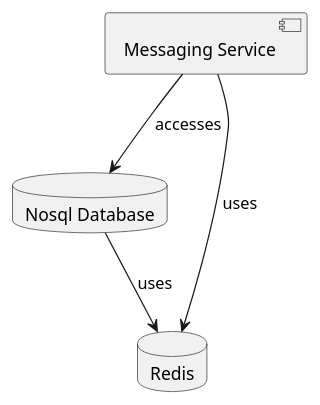
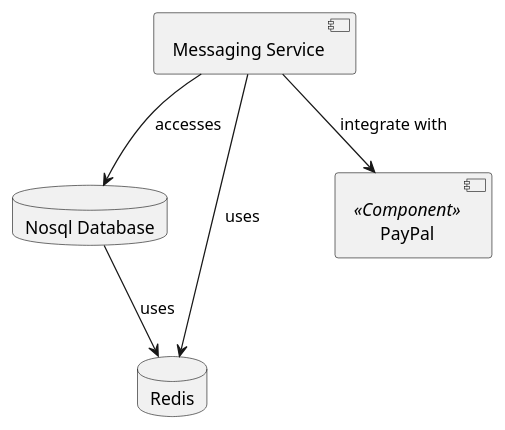
One commit to qamaruddin-qureshi/fyp-uml-diagram-generator changed the diagram in user_stories/golden_puml/component/component_Structural_Case_18.puml. Above: the diagram before and after it, drawn with PlantUML. The commit also changed 22 other files, not shown here.

First line of the commit message:
feat: Enhance component diagram extraction with robust NLP and model optimization

```diff
--- a/user_stories/golden_puml/component/component_Structural_Case_18.puml
+++ b/user_stories/golden_puml/component/component_Structural_Case_18.puml
@@ -1,9 +1,11 @@
 @startuml
 skinparam componentStyle uml2
 component "Messaging Service" as MessagingService
 database "Nosql Database" as NosqlDatabase
 database "Redis" as Redis
+component "PayPal" <<Component>> as PayPal
 NosqlDatabase --> Redis : uses
 MessagingService --> Redis : uses
 MessagingService --> NosqlDatabase : accesses
+MessagingService --> PayPal : integrate with
 @enduml
```
